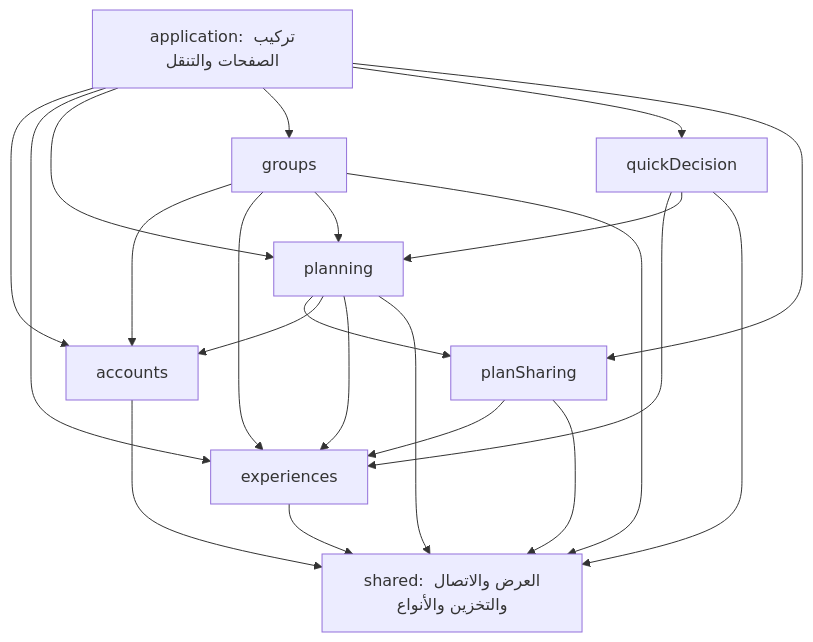
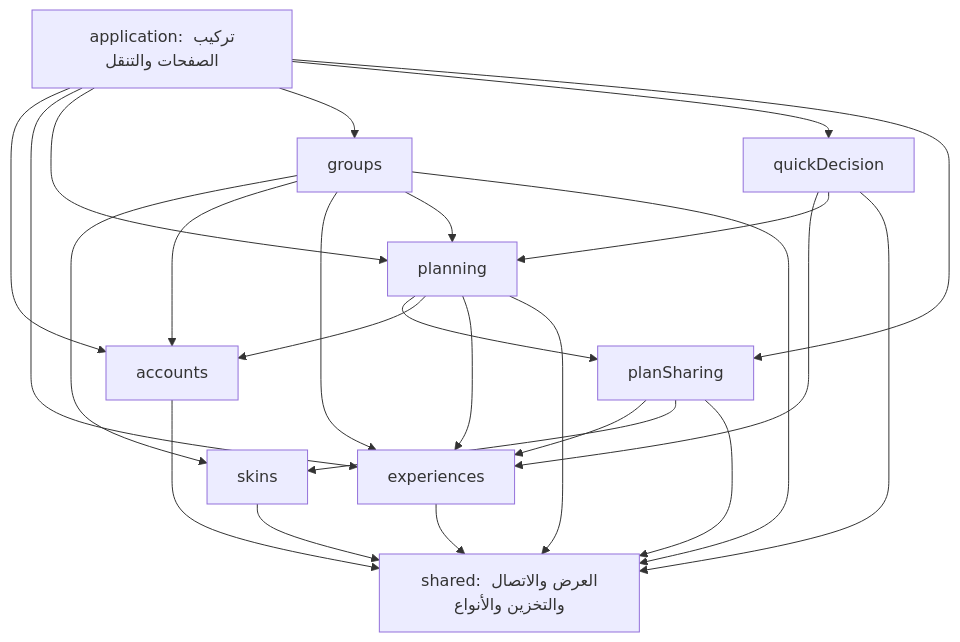
The second of 2 diagrams in docs/architecture-modules.ar.md (shathaaa1110-arch/hatim-app), drawn with Mermaid before and after one commit. The commit also changed other lines of this file and 30 other files, not shown here.

````diff
--- a/docs/architecture-modules.ar.md
+++ b/docs/architecture-modules.ar.md
@@ -77,24 +78,27 @@
 ```mermaid
 flowchart TD
     App[application: تركيب الصفحات والتنقل] --> A[accounts]
     App --> E[experiences]
     App --> P[planning]
     App --> G[groups]
     App --> Q[quickDecision]
     App --> PS[planSharing]
     P --> PS
     PS --> E
+    PS --> SK[skins]
+    G --> SK
+    SK --> S
     PS --> S
     Q --> E
     Q --> P
     Q --> S
     G --> A
     G --> E
     G --> P
     P --> A
     P --> E
     A --> S[shared: العرض والاتصال والتخزين والأنواع]
     E --> S
     P --> S
     G --> S
 ```
````
